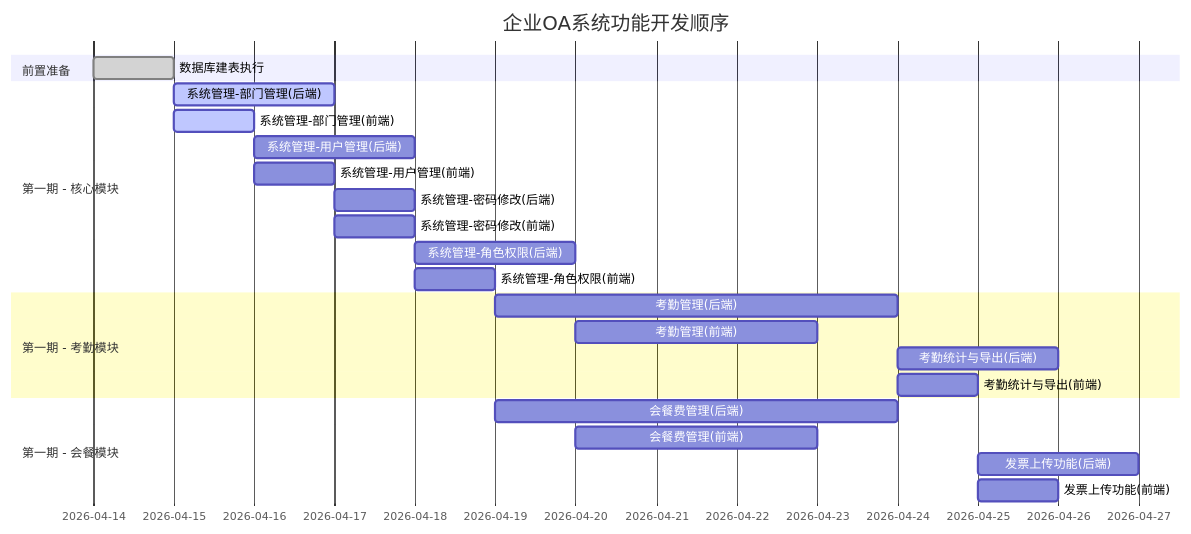
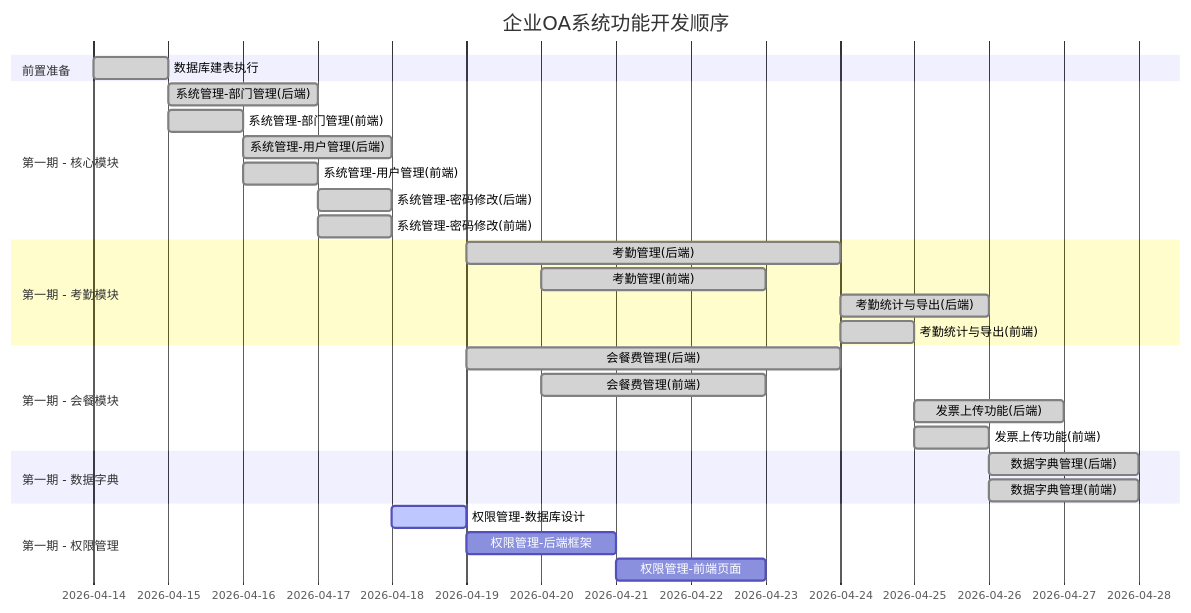
Before and after one commit to sunruoqin10/Simple_OS_system: the second of 5 diagrams in 项目管理文档.md, drawn with Mermaid. The commit also changed other lines of this file and 32 other files, not shown here.

````diff
--- a/项目管理文档.md
+++ b/项目管理文档.md
@@ -252,26 +266,31 @@
 ```mermaid
 gantt
     title 企业OA系统功能开发顺序
     dateFormat  YYYY-MM-DD
     section 前置准备
     数据库建表执行           :done, 2026-04-14, 1d
     section 第一期 - 核心模块
-    系统管理-部门管理(后端)     :active, 2026-04-15, 2d
-    系统管理-部门管理(前端)     :active, 2026-04-15, 1d
-    系统管理-用户管理(后端)     :2026-04-16, 2d
-    系统管理-用户管理(前端)     :2026-04-16, 1d
-    系统管理-密码修改(后端)     :2026-04-17, 1d
-    系统管理-密码修改(前端)     :2026-04-17, 1d
-    系统管理-角色权限(后端)     :2026-04-18, 2d
-    系统管理-角色权限(前端)     :2026-04-18, 1d
+    系统管理-部门管理(后端)     :done, 2026-04-15, 2d
+    系统管理-部门管理(前端)     :done, 2026-04-15, 1d
+    系统管理-用户管理(后端)     :done, 2026-04-16, 2d
+    系统管理-用户管理(前端)     :done, 2026-04-16, 1d
+    系统管理-密码修改(后端)     :done, 2026-04-17, 1d
+    系统管理-密码修改(前端)     :done, 2026-04-17, 1d
     section 第一期 - 考勤模块
-    考勤管理(后端)            :2026-04-19, 5d
-    考勤管理(前端)            :2026-04-20, 3d
-    考勤统计与导出(后端)       :2026-04-24, 2d
-    考勤统计与导出(前端)       :2026-04-24, 1d
+    考勤管理(后端)            :done, 2026-04-19, 5d
+    考勤管理(前端)            :done, 2026-04-20, 3d
+    考勤统计与导出(后端)       :done, 2026-04-24, 2d
+    考勤统计与导出(前端)       :done, 2026-04-24, 1d
     section 第一期 - 会餐模块
-    会餐费管理(后端)          :2026-04-19, 5d
-    会餐费管理(前端)          :2026-04-20, 3d
-    发票上传功能(后端)         :2026-04-25, 2d
-    发票上传功能(前端)         :2026-04-25, 1d
+    会餐费管理(后端)          :done, 2026-04-19, 5d
+    会餐费管理(前端)          :done, 2026-04-20, 3d
+    发票上传功能(后端)         :done, 2026-04-25, 2d
+    发票上传功能(前端)         :done, 2026-04-25, 1d
+    section 第一期 - 数据字典
+    数据字典管理(后端)         :done, 2026-04-26, 2d
+    数据字典管理(前端)         :done, 2026-04-26, 2d
+    section 第一期 - 权限管理
+    权限管理-数据库设计        :active, 2026-04-18, 1d
+    权限管理-后端框架         :2026-04-19, 2d
+    权限管理-前端页面         :2026-04-21, 2d
 ```
````
